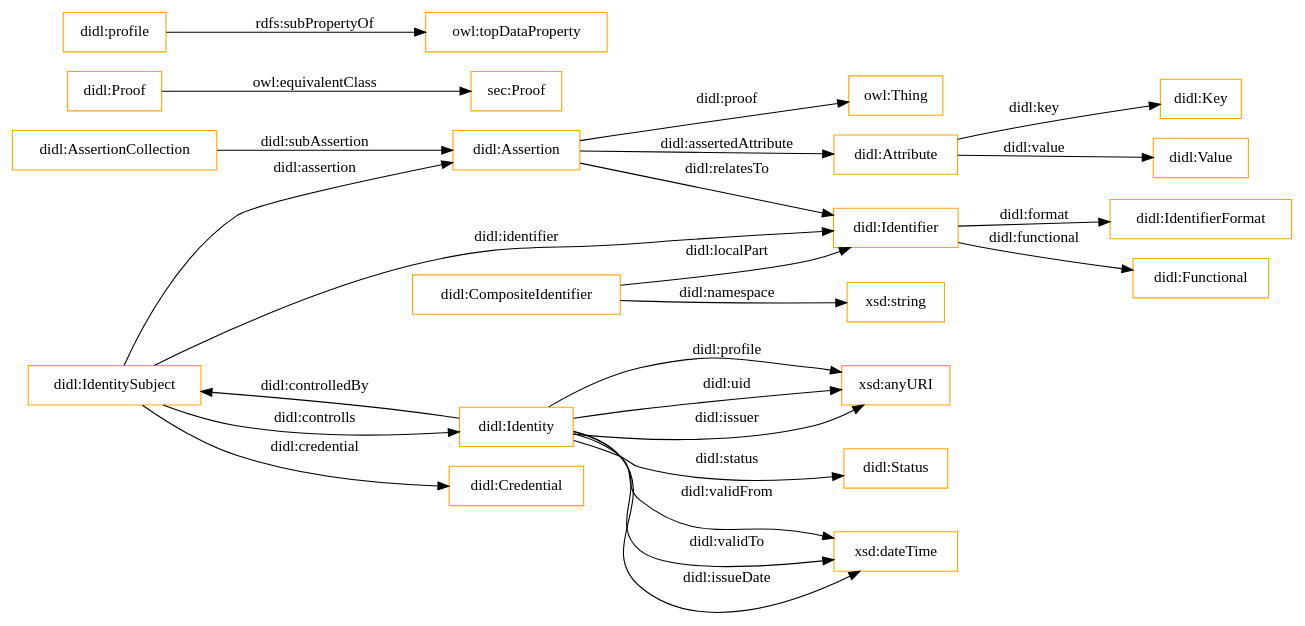
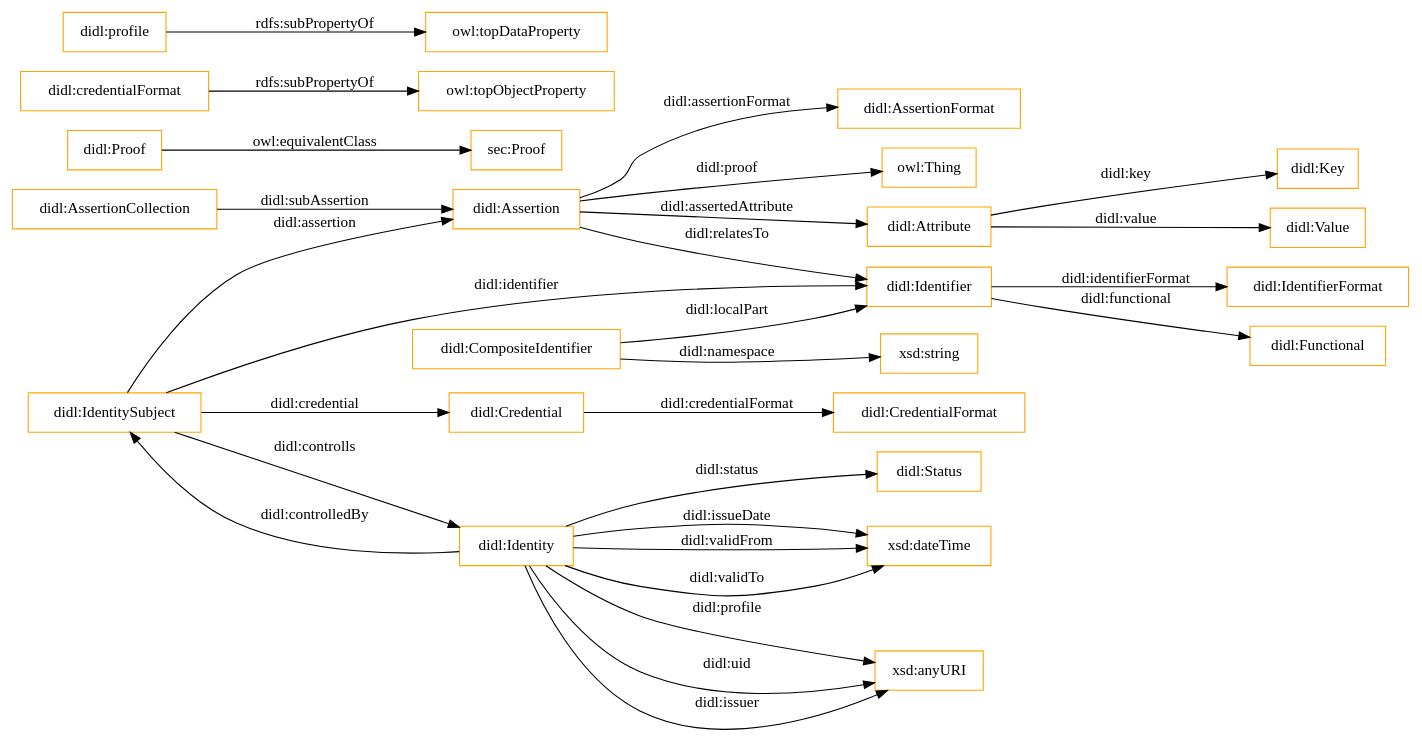
Before and after one commit to jiahang-chen/didl: the diagram in OnToology/didl.ttl/diagrams/ar2dtool-class/didl.ttl.png.dot, drawn with Graphviz. The commit also changed 12 other files, not shown here.

```diff
--- a/OnToology/didl.ttl/diagrams/ar2dtool-class/didl.ttl.png.dot
+++ b/OnToology/didl.ttl/diagrams/ar2dtool-class/didl.ttl.png.dot
@@ -1,30 +1,33 @@
 digraph ar2dtool_diagram { 
 rankdir=LR;
 size="1501"
-node [shape = rectangle, color="orange"]; "didl:Attribute" "didl:CompositeIdentifier" "didl:Status" "sec:Proof" "didl:IdentifierFormat" "didl:Assertion" "didl:Key" "didl:Identity" "didl:Credential" "didl:IdentitySubject" "didl:Functional" "didl:Value" "didl:Proof" "didl:AssertionCollection" "didl:Identifier" ; /*classes style*/
+node [shape = rectangle, color="orange"]; "didl:Attribute" "didl:CompositeIdentifier" "didl:AssertionFormat" "didl:Status" "sec:Proof" "didl:IdentifierFormat" "didl:Assertion" "didl:Key" "didl:Identity" "didl:Credential" "didl:CredentialFormat" "didl:IdentitySubject" "didl:Functional" "didl:Value" "didl:Proof" "didl:AssertionCollection" "didl:Identifier" ; /*classes style*/
+	"didl:credentialFormat" -> "owl:topObjectProperty" [ label = "rdfs:subPropertyOf" ];
 	"didl:Proof" -> "sec:Proof" [ label = "owl:equivalentClass" ];
 	"didl:profile" -> "owl:topDataProperty" [ label = "rdfs:subPropertyOf" ];
 	"didl:Assertion" -> "didl:Attribute" [ label = "didl:assertedAttribute" ];
 	"didl:AssertionCollection" -> "didl:Assertion" [ label = "didl:subAssertion" ];
 	"didl:Identity" -> "xsd:dateTime" [ label = "didl:validTo" ];
 	"didl:Identity" -> "didl:Status" [ label = "didl:status" ];
 	"didl:Identity" -> "xsd:dateTime" [ label = "didl:issueDate" ];
 	"didl:Attribute" -> "didl:Value" [ label = "didl:value" ];
 	"didl:IdentitySubject" -> "didl:Identifier" [ label = "didl:identifier" ];
 	"didl:Assertion" -> "didl:Identifier" [ label = "didl:relatesTo" ];
 	"didl:Identity" -> "xsd:anyURI" [ label = "didl:issuer" ];
 	"didl:IdentitySubject" -> "didl:Identity" [ label = "didl:controlls" ];
 	"didl:Attribute" -> "didl:Key" [ label = "didl:key" ];
 	"didl:IdentitySubject" -> "didl:Assertion" [ label = "didl:assertion" ];
 	"didl:CompositeIdentifier" -> "xsd:string" [ label = "didl:namespace" ];
+	"didl:Credential" -> "didl:CredentialFormat" [ label = "didl:credentialFormat" ];
 	"didl:Identity" -> "didl:IdentitySubject" [ label = "didl:controlledBy" ];
-	"didl:Identifier" -> "didl:IdentifierFormat" [ label = "didl:format" ];
 	"didl:Identity" -> "xsd:anyURI" [ label = "didl:profile" ];
 	"didl:CompositeIdentifier" -> "didl:Identifier" [ label = "didl:localPart" ];
+	"didl:Identifier" -> "didl:IdentifierFormat" [ label = "didl:identifierFormat" ];
 	"didl:Identity" -> "xsd:dateTime" [ label = "didl:validFrom" ];
 	"didl:IdentitySubject" -> "didl:Credential" [ label = "didl:credential" ];
 	"didl:Identifier" -> "didl:Functional" [ label = "didl:functional" ];
 	"didl:Assertion" -> "owl:Thing" [ label = "didl:proof" ];
 	"didl:Identity" -> "xsd:anyURI" [ label = "didl:uid" ];
+	"didl:Assertion" -> "didl:AssertionFormat" [ label = "didl:assertionFormat" ];
 
 }
```
